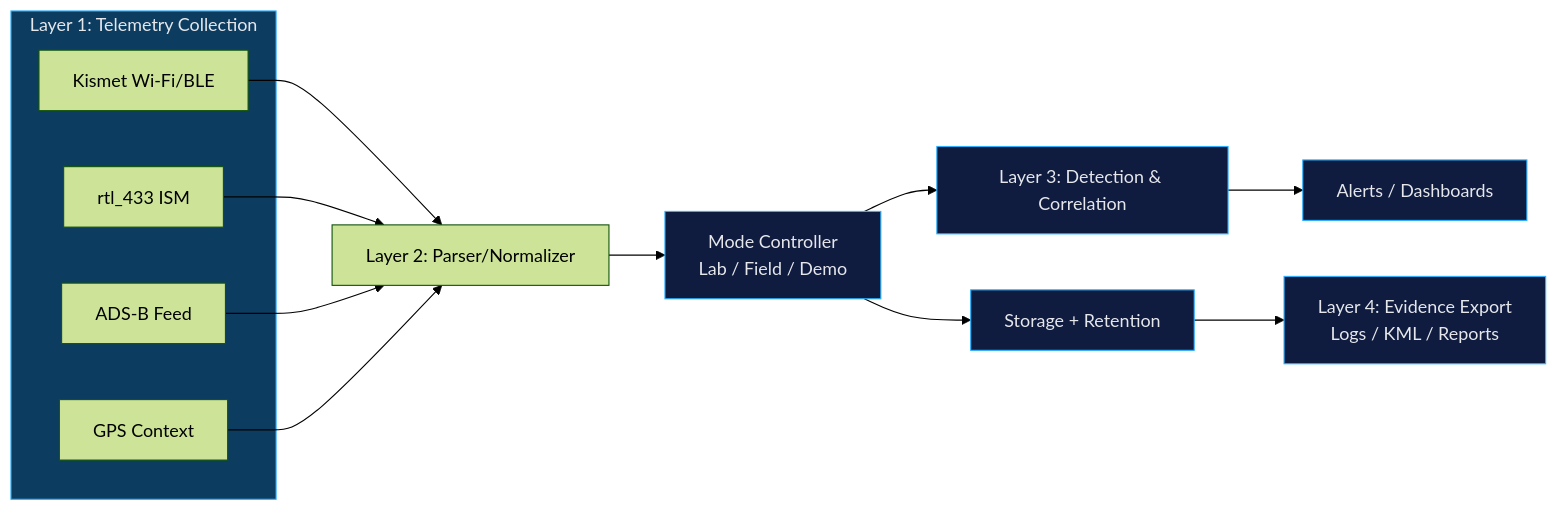
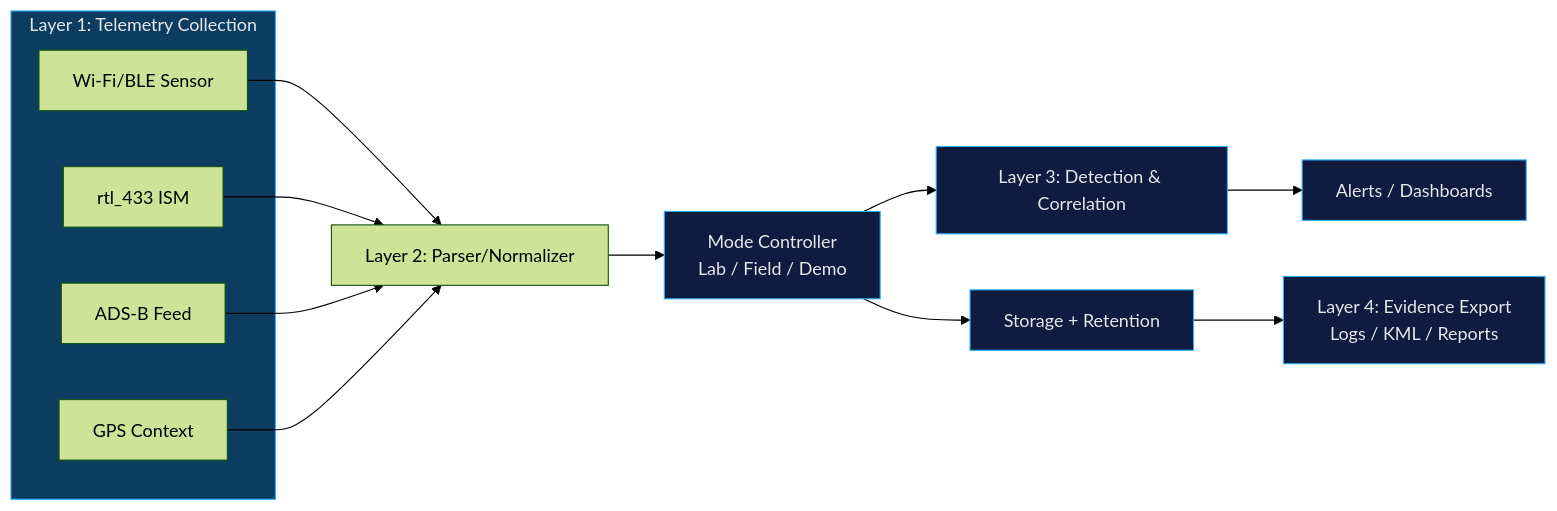
One commit to Pharns/portfolio changed the diagram in docs/cybersecurity/trace-lock-diagram.md. Above: the diagram before and after it, drawn with Mermaid (forest theme). The commit also changed other lines of this file and 12 other files, not shown here.

````diff
--- a/docs/cybersecurity/trace-lock-diagram.md
+++ b/docs/cybersecurity/trace-lock-diagram.md
@@ -61,24 +61,24 @@
 ```mermaid
 flowchart LR
     subgraph L1["Layer 1: Telemetry Collection"]
-      A["Kismet Wi-Fi/BLE"]
+      A["Wi-Fi/BLE Sensor"]
       B["rtl_433 ISM"]
       C["ADS-B Feed"]
       D["GPS Context"]
     end
     A --> E["Layer 2: Parser/Normalizer"]
     B --> E
     C --> E
     D --> E
     E --> F["Mode Controller<br/>Lab / Field / Demo"]
     F --> H["Layer 3: Detection & Correlation"]
     F --> G["Storage + Retention"]
     H --> I["Alerts / Dashboards"]
     G --> J["Layer 4: Evidence Export<br/>Logs / KML / Reports"]
     style L1 fill:#0d3c61,stroke:#2cb1ff,stroke-width:1px,color:#e5e7eb
     style F fill:#0f1b3f,stroke:#2cb1ff,stroke-width:1px,color:#e5e7eb
     style G fill:#0f1b3f,stroke:#2cb1ff,stroke-width:1px,color:#e5e7eb
     style H fill:#0f1b3f,stroke:#2cb1ff,stroke-width:1px,color:#e5e7eb
     style I fill:#0f1b3f,stroke:#2cb1ff,stroke-width:1px,color:#e5e7eb
     style J fill:#0f1b3f,stroke:#2cb1ff,stroke-width:1px,color:#e5e7eb
 ```
````
